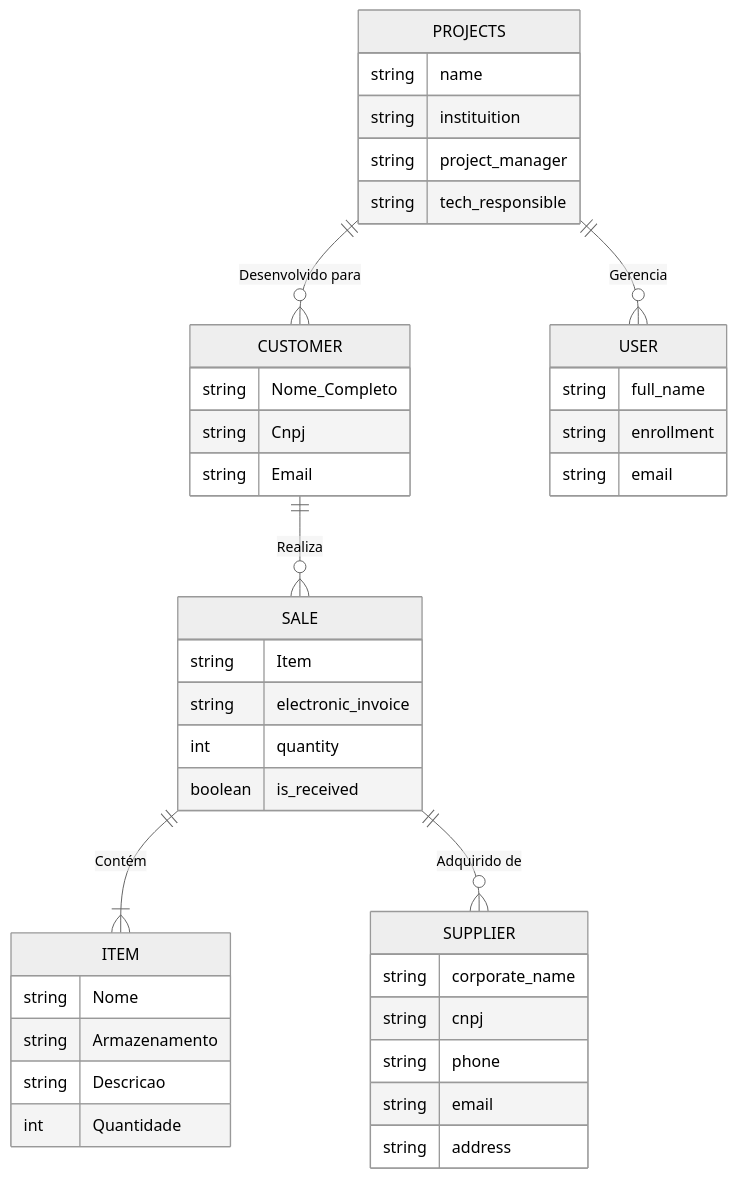
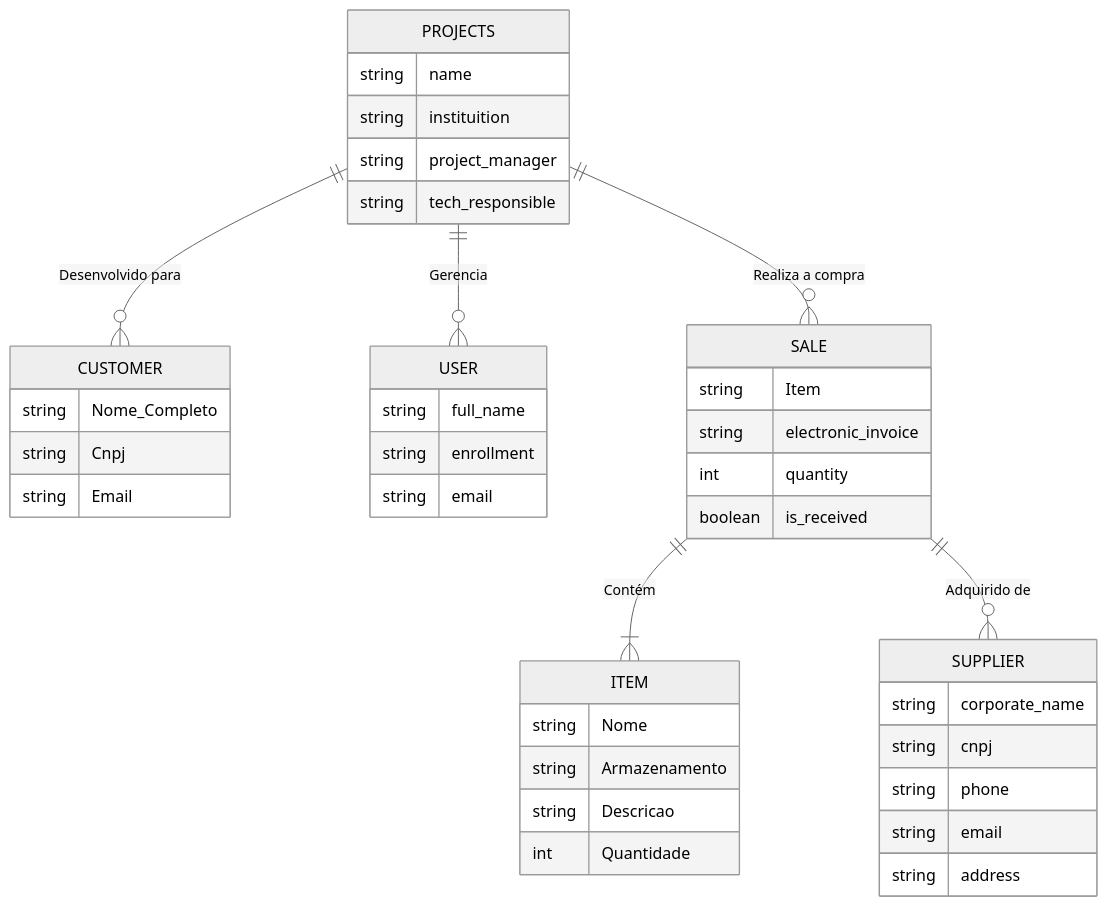
Before and after one commit to ProjetoAplicado-GestaoEstoque/.github: the diagram in profile/README.md, drawn with Mermaid (neutral theme).

````diff
--- a/profile/README.md
+++ b/profile/README.md
@@ -20,49 +20,49 @@
 ```mermaid
 erDiagram
     CUSTOMER {
         string Nome_Completo
         string Cnpj
         string Email
     }
 
     USER {
         string full_name
         string enrollment
         string email
     }
 
     PROJECTS {
         string name
         string instituition
         string project_manager
         string tech_responsible
     }
 
     SALE {
         string Item
         string electronic_invoice
         int quantity
         boolean is_received
     }
 
     SUPPLIER {
         string corporate_name
         string cnpj
         string phone
         string email
         string address
     }
 
     ITEM {
         string Nome
         string Armazenamento
         string Descricao
         int Quantidade
     }
 
-    CUSTOMER ||--o{ SALE : "Realiza"
+    PROJECTS ||--o{ SALE : "Realiza a compra"
     SALE ||--|{ ITEM : "Contém"
     PROJECTS ||--o{ USER : "Gerencia"
     SALE ||--o{ SUPPLIER : "Adquirido de"
     PROJECTS ||--o{ CUSTOMER : "Desenvolvido para"
 ```
````
